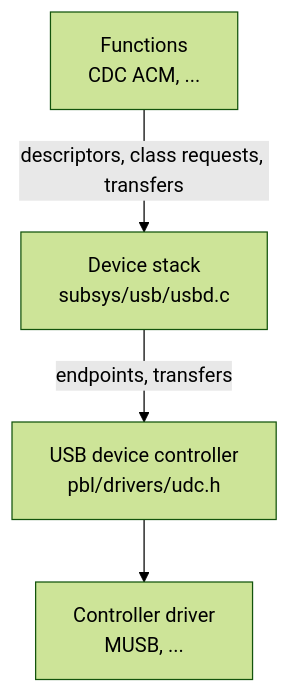
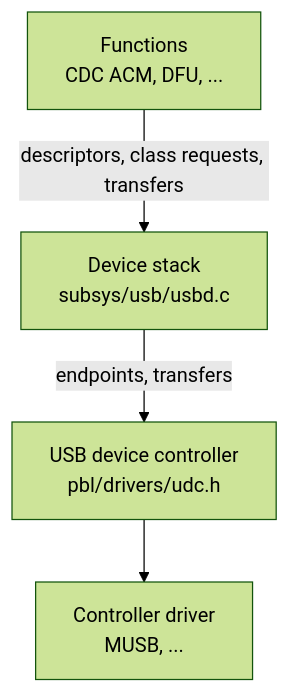
One commit to coredevices/PebbleOS changed the diagram in docs/subsystems/usb.md. Above: the diagram before and after it, drawn with Mermaid (forest theme). The commit also changed other lines of this file and 4 other files, not shown here.

````diff
--- a/docs/subsystems/usb.md
+++ b/docs/subsystems/usb.md
@@ -7,10 +7,10 @@
 ```{mermaid}
 flowchart TD
-  fn["Functions<br/>CDC ACM, ..."]
+  fn["Functions<br/>CDC ACM, DFU, ..."]
   usbd["Device stack<br/>subsys/usb/usbd.c"]
   udc["USB device controller<br/>pbl/drivers/udc.h"]
   drv["Controller driver<br/>MUSB, ..."]
   fn -- "descriptors, class requests, transfers" --> usbd
   usbd -- "endpoints, transfers" --> udc
   udc --> drv
 ```
````
